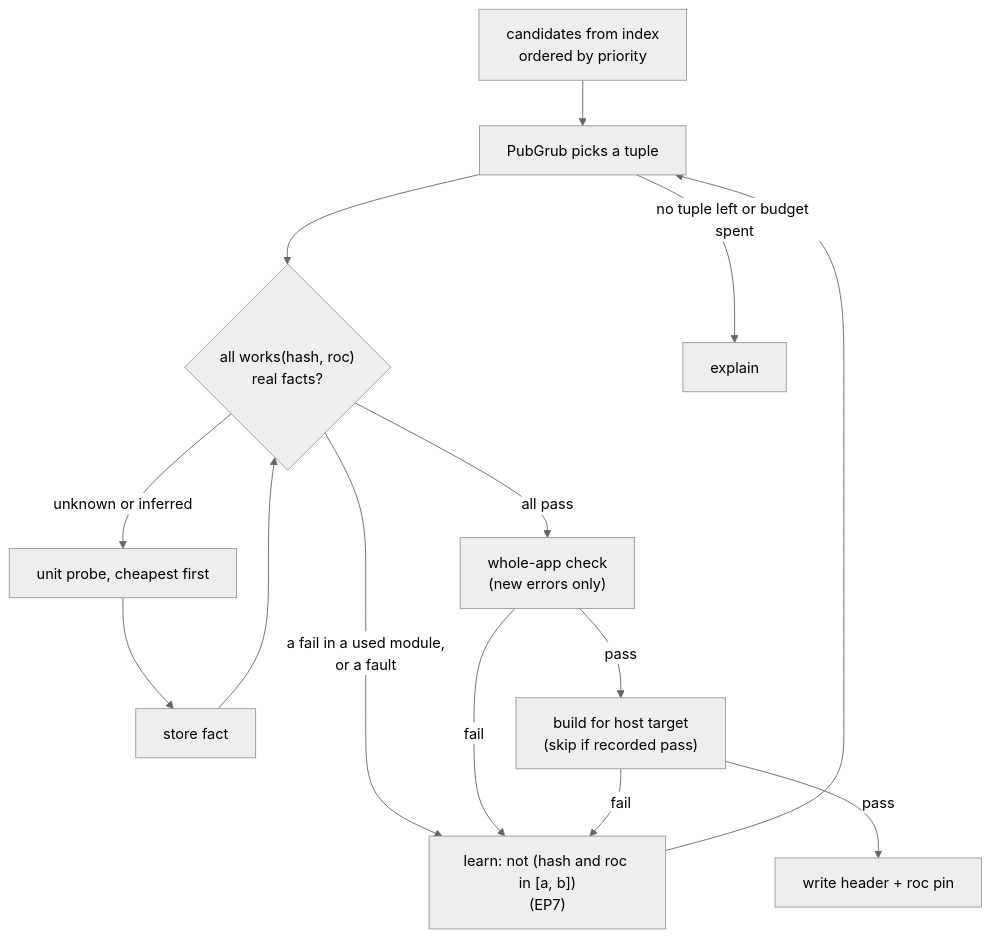
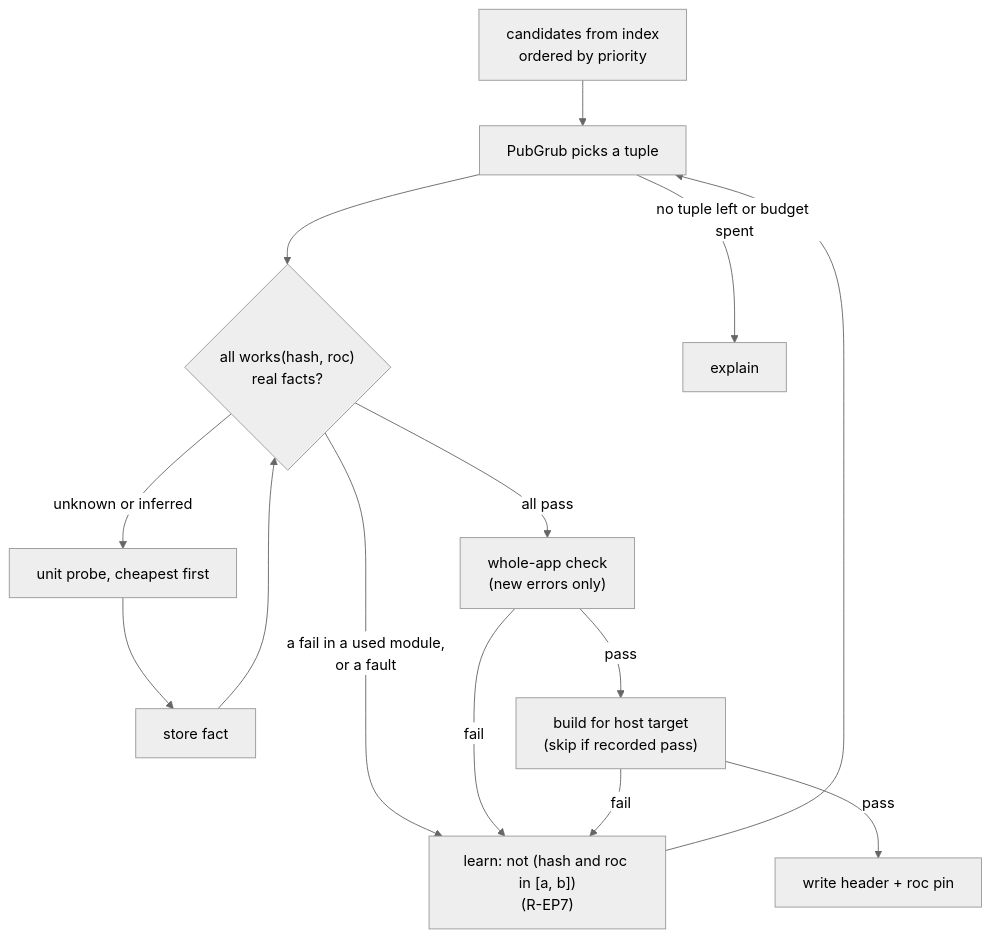
Before and after one commit to roc-talon/talon: the diagram in DESIGN-RESOLUTION.md, drawn with Mermaid (neutral theme). The commit also changed other lines of this file and 10 other files, not shown here.

````diff
--- a/DESIGN-RESOLUTION.md
+++ b/DESIGN-RESOLUTION.md
@@ -288,14 +288,14 @@
 ```mermaid
 flowchart TD
     A["candidates from index<br/>ordered by priority"] --> B["PubGrub picks a tuple"]
     B --> C{"all works(hash, roc)<br/>real facts?"}
     C -- "unknown or inferred" --> D["unit probe, cheapest first"]
     D --> E["store fact"] --> C
-    C -- "a fail in a used module,<br/>or a fault" --> F["learn: not (hash and roc in [a, b])<br/>(EP7)"] --> B
+    C -- "a fail in a used module,<br/>or a fault" --> F["learn: not (hash and roc in [a, b])<br/>(R-EP7)"] --> B
     C -- all pass --> G["whole-app check<br/>(new errors only)"]
     G -- pass --> G2["build for host target<br/>(skip if recorded pass)"]
     G2 -- pass --> H["write header + roc pin"]
     G -- fail --> F
     G2 -- fail --> F
     B -- no tuple left or budget spent --> X["explain"]
 ```
````
